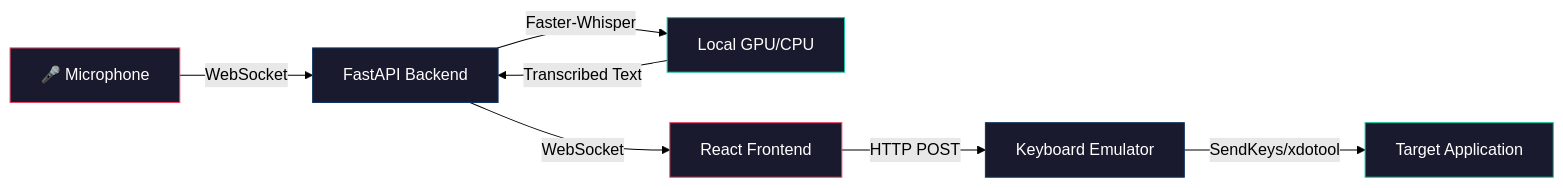
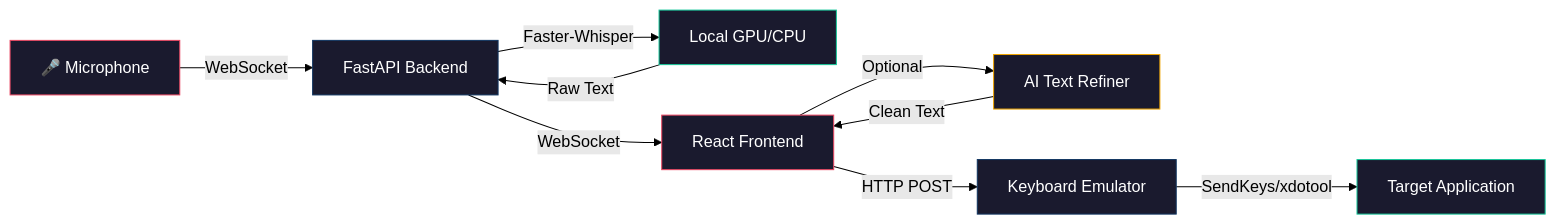
One commit to BACON-AI-CLOUD/bacon-ai-speech-to-text changed the first of 5 diagrams in README.md. Above: the diagram before and after it, drawn with Mermaid (forest theme). The commit also changed other lines of this file, not shown here.

First line of the commit message:
docs: update README for v1.1 AI Text Refiner and vibe coding workflow

````diff
--- a/README.md
+++ b/README.md
@@ -114,16 +137,19 @@
 ```mermaid
 flowchart LR
     A[🎤 Microphone] -->|WebSocket| B[FastAPI Backend]
     B -->|Faster-Whisper| C[Local GPU/CPU]
-    C -->|Transcribed Text| B
+    C -->|Raw Text| B
     B -->|WebSocket| D[React Frontend]
+    D -->|Optional| R[AI Text Refiner]
+    R -->|Clean Text| D
     D -->|HTTP POST| E[Keyboard Emulator]
     E -->|SendKeys/xdotool| F[Target Application]
 
     style A fill:#1a1a2e,stroke:#e94560,color:#fff
     style B fill:#1a1a2e,stroke:#0f3460,color:#fff
     style C fill:#1a1a2e,stroke:#16c79a,color:#fff
     style D fill:#1a1a2e,stroke:#e94560,color:#fff
+    style R fill:#1a1a2e,stroke:#f0a500,color:#fff
     style E fill:#1a1a2e,stroke:#0f3460,color:#fff
     style F fill:#1a1a2e,stroke:#16c79a,color:#fff
 ```
````
